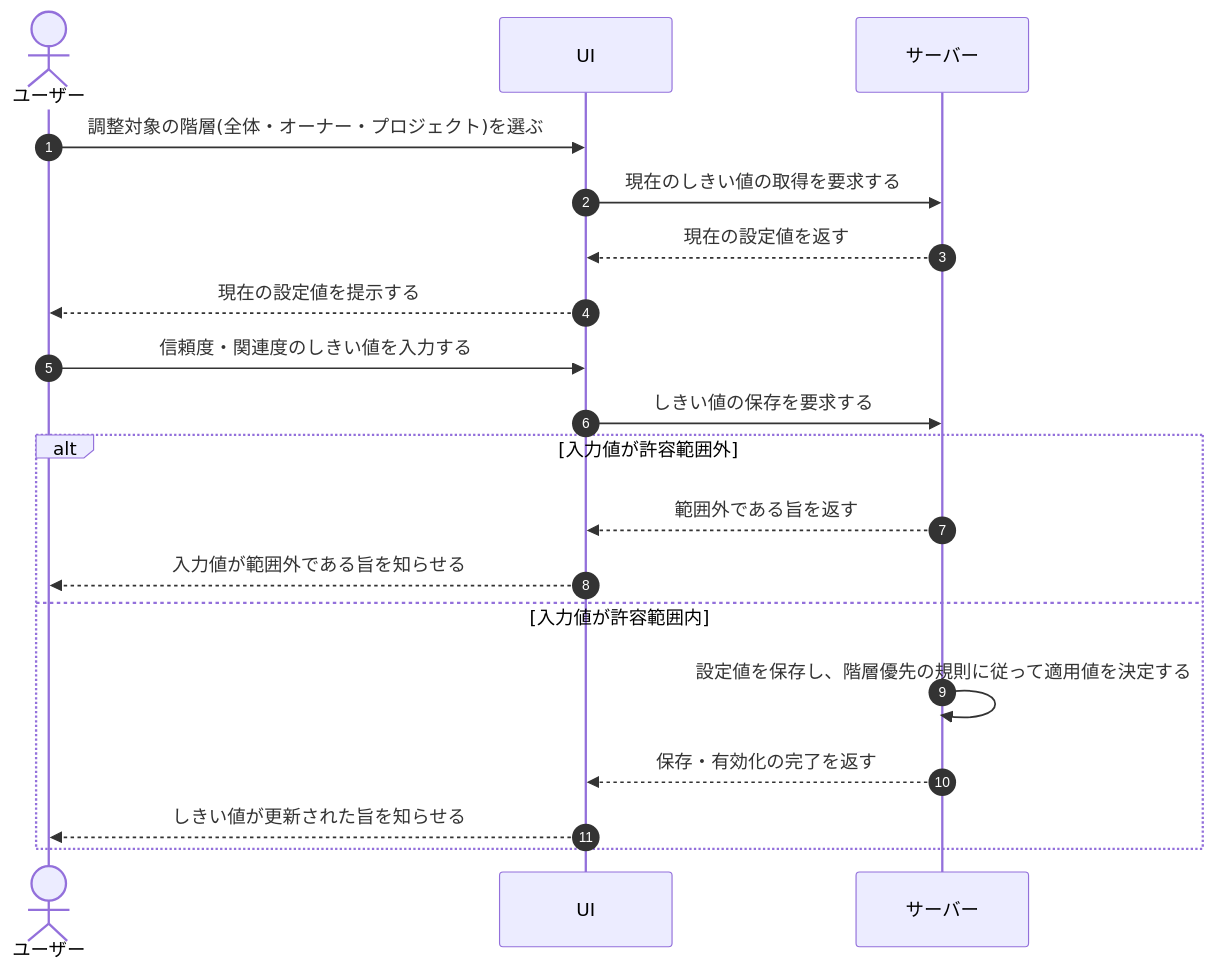
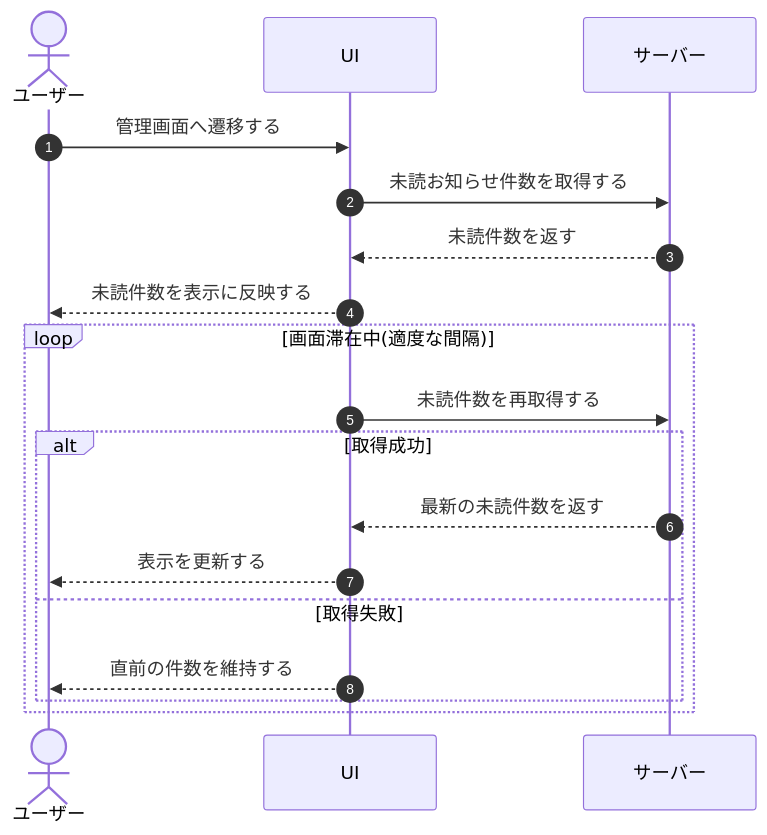
One commit to sikakou54/open-faq changed the diagram in 01_requirements/04_business_usecases/UC-080.md. Above: the diagram before and after it, drawn with Mermaid. The commit also changed other lines of this file and 395 other files, not shown here.

````diff
--- a/01_requirements/04_business_usecases/UC-080.md
+++ b/01_requirements/04_business_usecases/UC-080.md
@@ -26,21 +26,20 @@
 ```mermaid
 sequenceDiagram
   autonumber
   actor U as ユーザー
   participant UI as UI
   participant S as サーバー
-  U->>UI: 調整対象の階層(全体・オーナー・プロジェクト)を選ぶ
-  UI->>S: 現在のしきい値の取得を要求する
-  S-->>UI: 現在の設定値を返す
-  UI-->>U: 現在の設定値を提示する
-  U->>UI: 信頼度・関連度のしきい値を入力する
-  UI->>S: しきい値の保存を要求する
-  alt 入力値が許容範囲外
-    S-->>UI: 範囲外である旨を返す
-    UI-->>U: 入力値が範囲外である旨を知らせる
-  else 入力値が許容範囲内
-    S->>S: 設定値を保存し、階層優先の規則に従って適用値を決定する
-    S-->>UI: 保存・有効化の完了を返す
-    UI-->>U: しきい値が更新された旨を知らせる
+  U->>UI: 管理画面へ遷移する
+  UI->>S: 未読お知らせ件数を取得する
+  S-->>UI: 未読件数を返す
+  UI-->>U: 未読件数を表示に反映する
+  loop 画面滞在中(適度な間隔)
+    UI->>S: 未読件数を再取得する
+    alt 取得成功
+      S-->>UI: 最新の未読件数を返す
+      UI-->>U: 表示を更新する
+    else 取得失敗
+      UI-->>U: 直前の件数を維持する
+    end
   end
 ```
````
